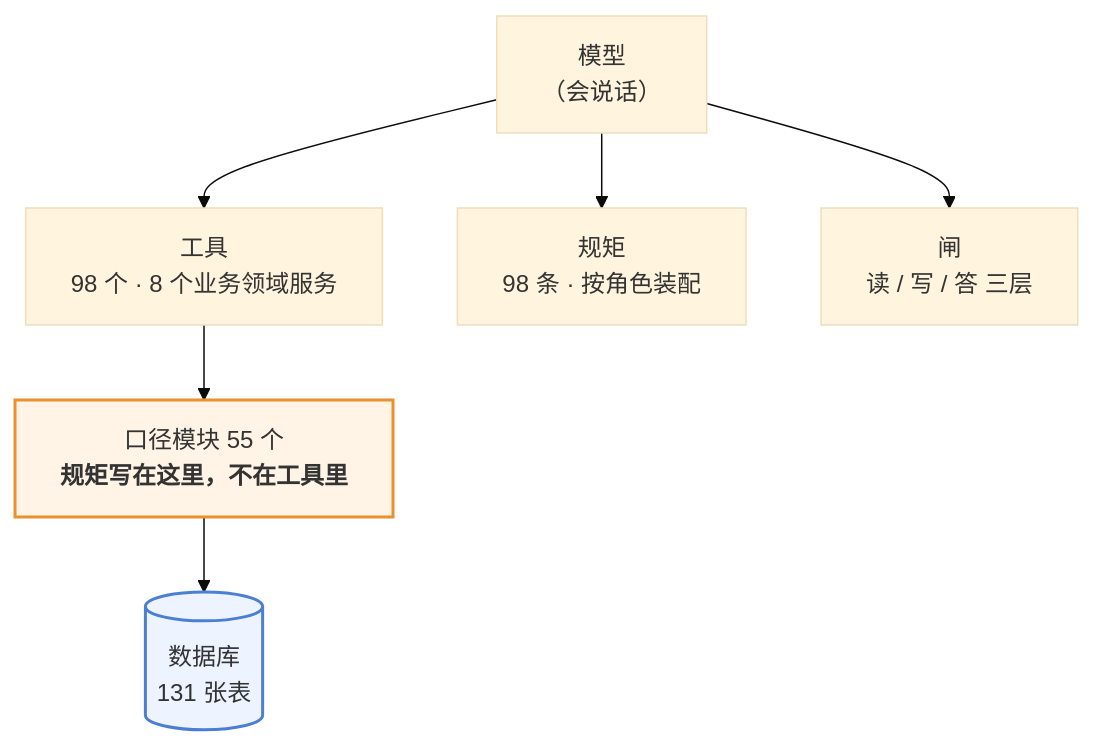
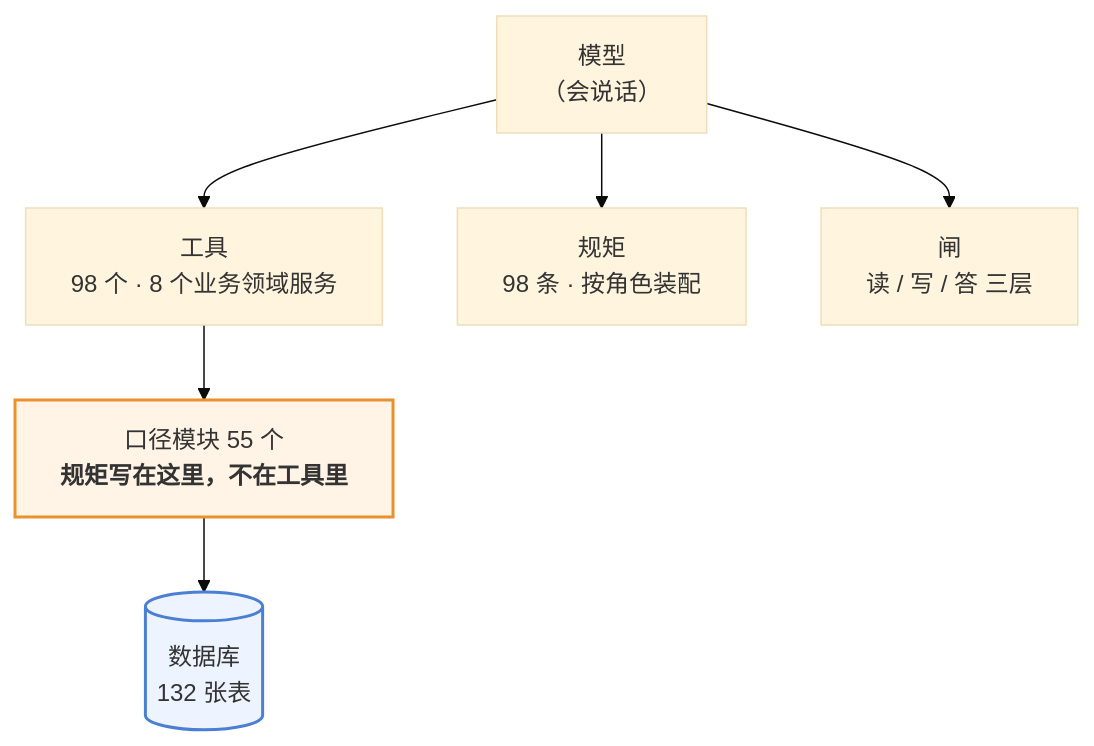
Before and after one commit to 843773296-rgb/lanxiu-yunshang-agent: the first of 3 diagrams in 澜绣云裳agent-产品说明.md, drawn with Mermaid (base theme). The commit also changed other lines of this file and 12 other files, not shown here.

````diff
--- a/澜绣云裳agent-产品说明.md
+++ b/澜绣云裳agent-产品说明.md
@@ -62,12 +62,12 @@
 ```mermaid
 flowchart TD
     M["模型<br/>（会说话）"]
     M --> T["工具<br/>98 个 · 8 个业务领域服务"]
     M --> R["规矩<br/>98 条 · 按角色装配"]
     M --> G["闸<br/>读 / 写 / 答 三层"]
     T --> K["口径模块 55 个<br/><b>规矩写在这里，不在工具里</b>"]
-    K --> DB[("数据库<br/>131 张表")]
+    K --> DB[("数据库<br/>132 张表")]
 
     style K fill:#fff4e6,stroke:#e8912d,stroke-width:2px
     style DB fill:#eef4ff,stroke:#4a7fd4,stroke-width:2px
 ```
````
